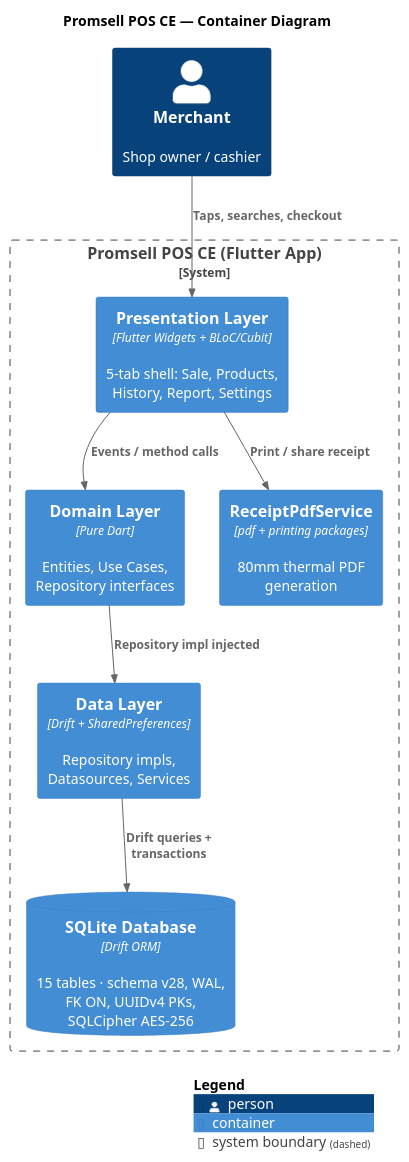
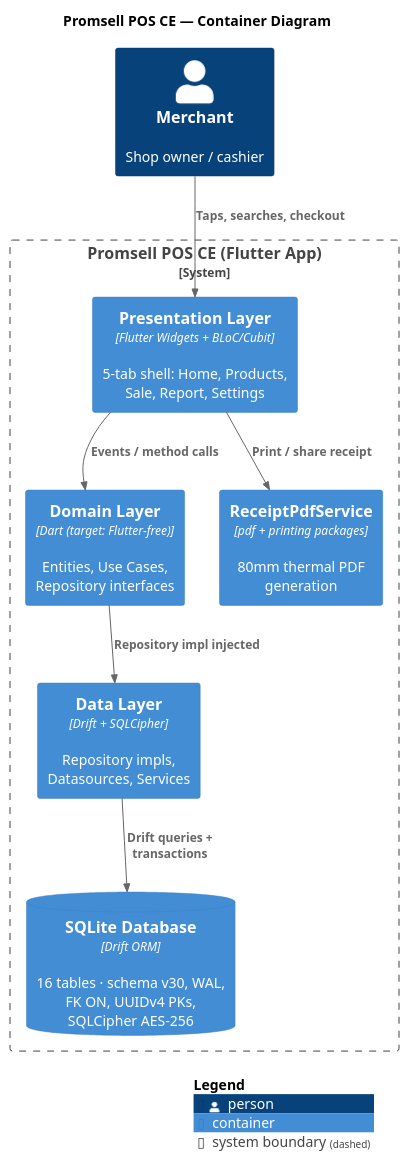
Before and after one commit to MN-Lizard-Team/promsell-pos-ce: the diagram in docs/architecture/puml/c4-container.puml, drawn with PlantUML. The commit also changed 743 other files, not shown here.

```diff
--- a/docs/architecture/puml/c4-container.puml
+++ b/docs/architecture/puml/c4-container.puml
@@ -1,23 +1,23 @@
 @startuml C4_Container
 !include https://raw.githubusercontent.com/plantuml-stdlib/C4-PlantUML/master/C4_Container.puml
 
 title Promsell POS CE — Container Diagram
 
 Person(merchant, "Merchant", "Shop owner / cashier")
 
 System_Boundary(app, "Promsell POS CE (Flutter App)") {
-    Container(ui, "Presentation Layer", "Flutter Widgets + BLoC/Cubit", "5-tab shell: Sale, Products, History, Report, Settings")
-    Container(domain, "Domain Layer", "Pure Dart", "Entities, Use Cases, Repository interfaces")
-    Container(data, "Data Layer", "Drift + SharedPreferences", "Repository impls, Datasources, Services")
-    ContainerDb(sqlite, "SQLite Database", "Drift ORM", "15 tables · schema v28, WAL, FK ON, UUIDv4 PKs, SQLCipher AES-256")
+    Container(ui, "Presentation Layer", "Flutter Widgets + BLoC/Cubit", "5-tab shell: Home, Products, Sale, Report, Settings")
+    Container(domain, "Domain Layer", "Dart (target: Flutter-free)", "Entities, Use Cases, Repository interfaces")
+    Container(data, "Data Layer", "Drift + SQLCipher", "Repository impls, Datasources, Services")
+    ContainerDb(sqlite, "SQLite Database", "Drift ORM", "16 tables · schema v30, WAL, FK ON, UUIDv4 PKs, SQLCipher AES-256")
     Container(pdf, "ReceiptPdfService", "pdf + printing packages", "80mm thermal PDF generation")
 }
 
 Rel(merchant, ui, "Taps, searches, checkout")
 Rel(ui, domain, "Events / method calls")
 Rel(domain, data, "Repository impl injected")
 Rel(data, sqlite, "Drift queries + transactions")
 Rel(ui, pdf, "Print / share receipt")
 
 SHOW_LEGEND()
 @enduml
```
